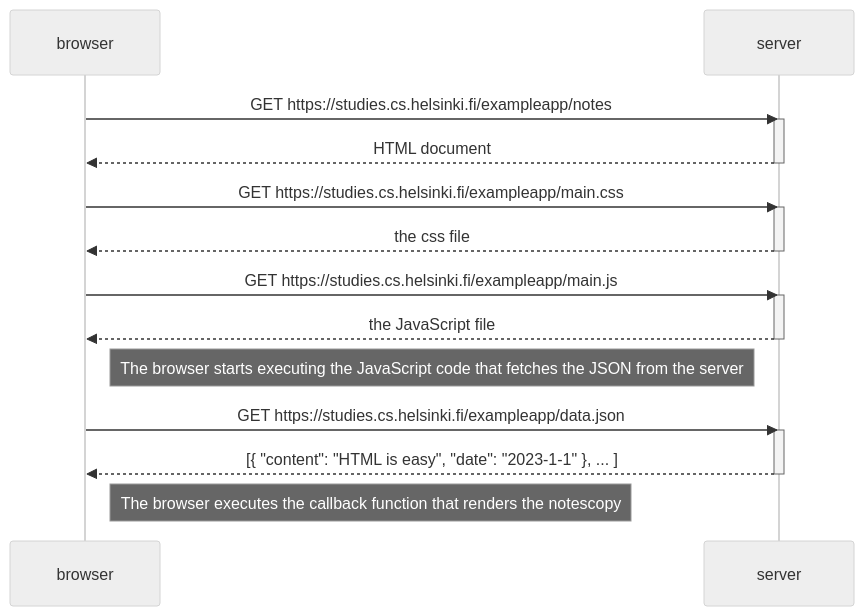
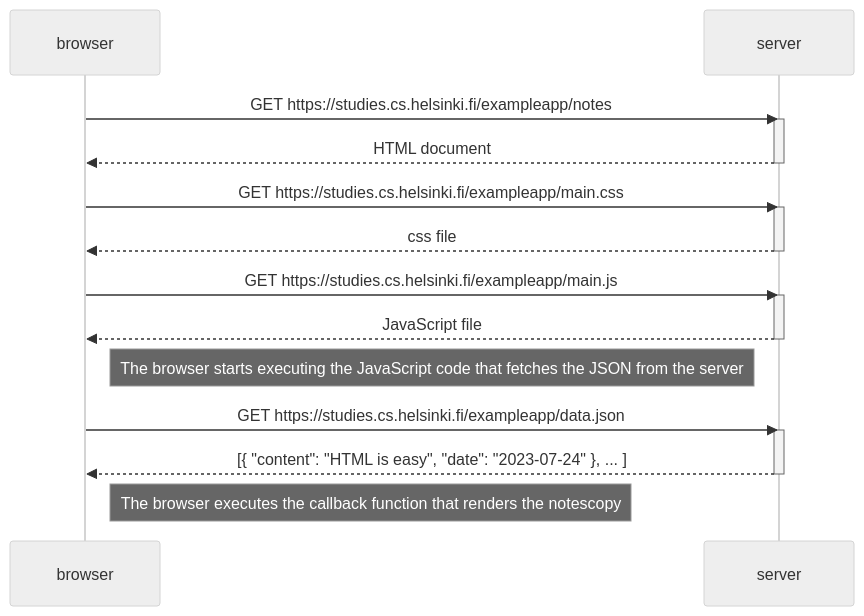
Before and after one commit to lishuweb/fullstackopen-: the diagram in part0/Exercise 0.4 New note.md, drawn with Mermaid (neutral theme). The commit also changed 2 other files, not shown here.

Commit message:
part0updated

````diff
--- a/part0/Exercise 0.4 New note.md
+++ b/part0/Exercise 0.4 New note.md
@@ -1,31 +1,31 @@
 ```mermaid
 sequenceDiagram
     participant browser
     participant server
 
     browser->>server: GET https://studies.cs.helsinki.fi/exampleapp/notes
     activate server
     server-->>browser: HTML document
     deactivate server
 
     browser->>server: GET https://studies.cs.helsinki.fi/exampleapp/main.css
     activate server
-    server-->>browser: the css file
+    server-->>browser: css file
     deactivate server
 
     browser->>server: GET https://studies.cs.helsinki.fi/exampleapp/main.js
     activate server
-    server-->>browser: the JavaScript file
+    server-->>browser: JavaScript file
     deactivate server
 
     Note right of browser: The browser starts executing the JavaScript code that fetches the JSON from the server
 
     browser->>server: GET https://studies.cs.helsinki.fi/exampleapp/data.json
     activate server
-    server-->>browser: [{ "content": "HTML is easy", "date": "2023-1-1" }, ... ]
+    server-->>browser: [{ "content": "HTML is easy", "date": "2023-07-24" }, ... ]
     deactivate server
 
     Note right of browser: The browser executes the callback function that renders the notescopy
 
 
 ```
````
